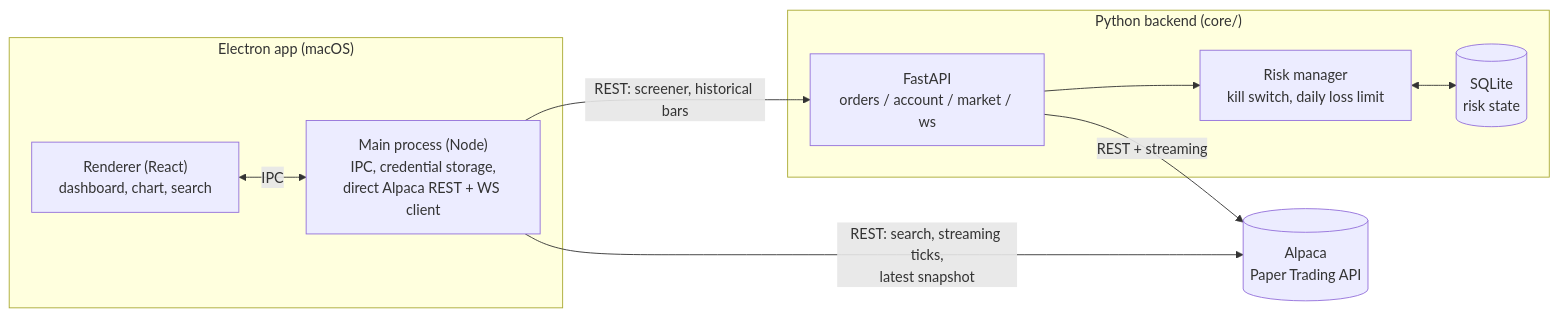
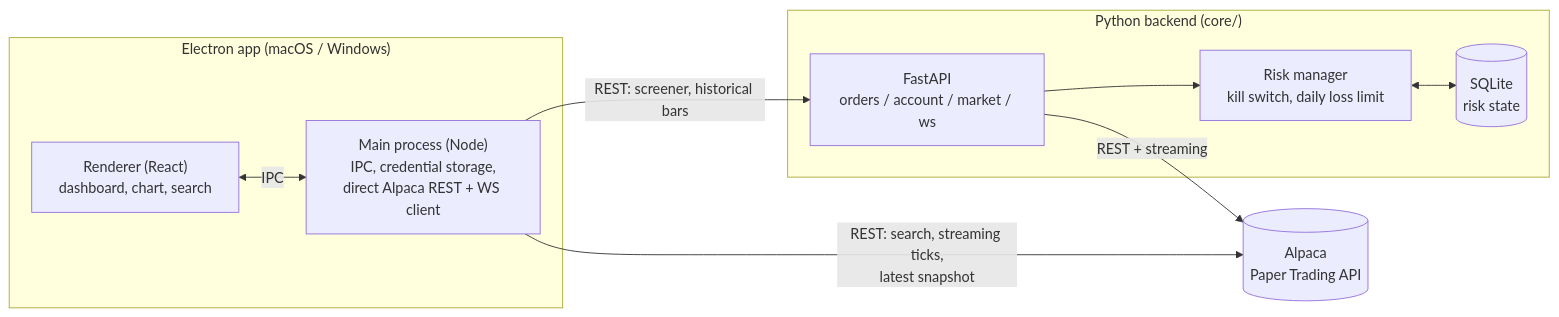
One commit to sak-io/tide-trader changed the diagram in docs/ARCHITECTURE.md. Above: the diagram before and after it, drawn with Mermaid. The commit also changed other lines of this file and 1 other file, not shown here.

First line of the commit message:
docs: Windows setup instructions and PowerShell equivalents

````diff
--- a/docs/ARCHITECTURE.md
+++ b/docs/ARCHITECTURE.md
@@ -11,20 +11,20 @@
 ```mermaid
 flowchart LR
-    subgraph Electron["Electron app (macOS)"]
+    subgraph Electron["Electron app (macOS / Windows)"]
         Renderer["Renderer (React)\ndashboard, chart, search"]
         Main["Main process (Node)\nIPC, credential storage,\ndirect Alpaca REST + WS client"]
         Renderer <-->|IPC| Main
     end
 
     subgraph Core["Python backend (core/)"]
         API["FastAPI\norders / account / market / ws"]
         Risk["Risk manager\nkill switch, daily loss limit"]
         SQLite[("SQLite\nrisk state")]
         API --> Risk
         Risk <--> SQLite
     end
 
     Main -->|"REST: search, streaming ticks,\nlatest snapshot"| Alpaca[("Alpaca\nPaper Trading API")]
     Main -->|"REST: screener, historical bars"| API
     API -->|"REST + streaming"| Alpaca
 ```
````
